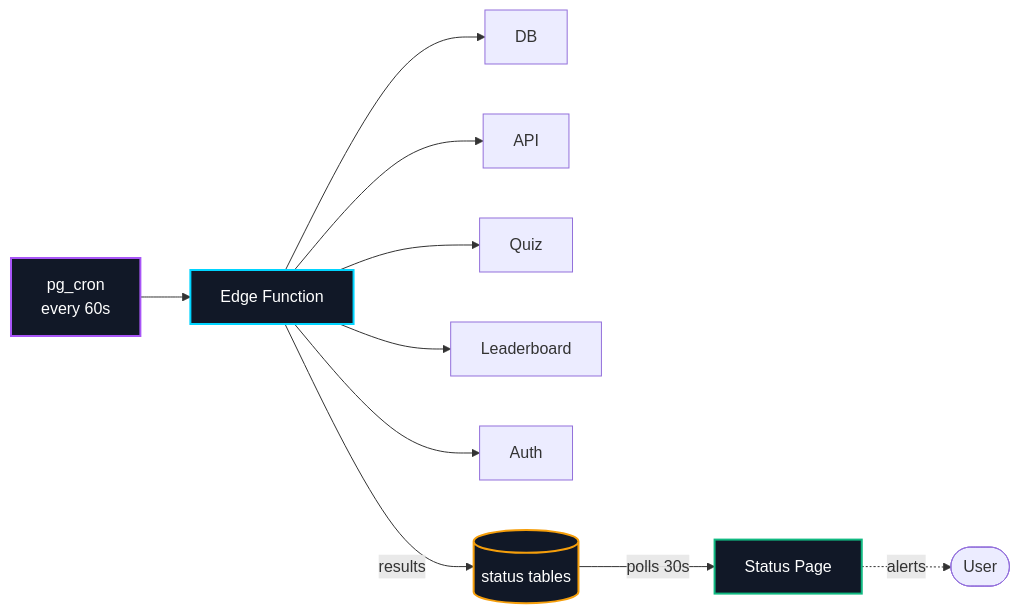
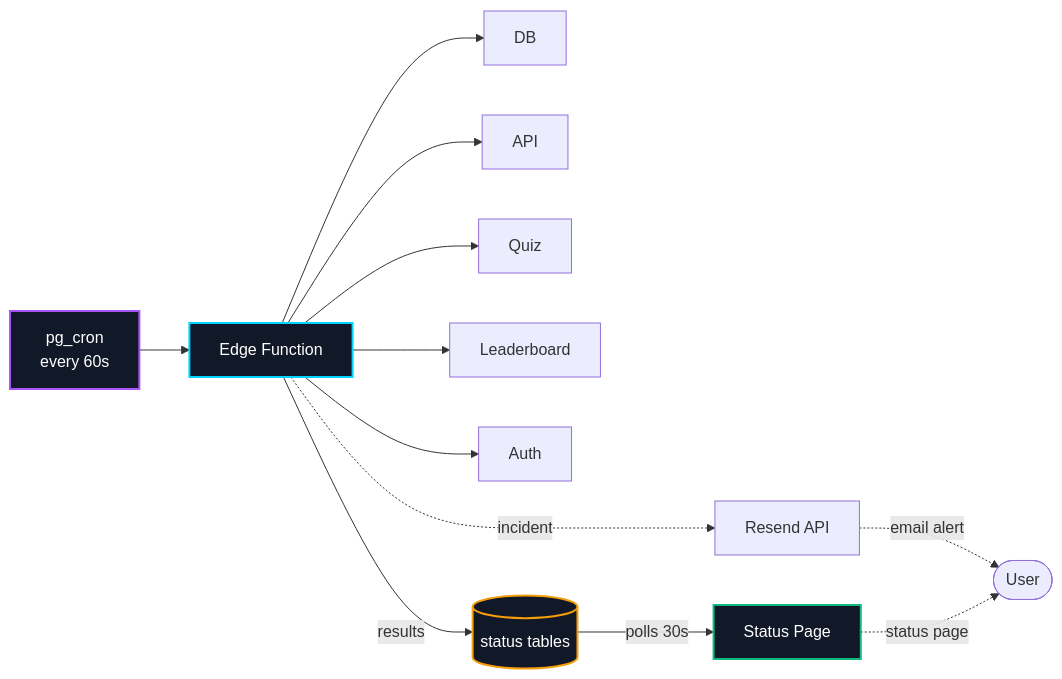
Before and after one commit to or-carmeli/KubeQuest: the fifth of 9 diagrams in README.md, drawn with Mermaid. The commit also changed other lines of this file, not shown here.

Commit message:
docs: update monitoring section with email alert details

````diff
--- a/README.md
+++ b/README.md
@@ -209,17 +209,19 @@
 ```mermaid
 flowchart LR
     CRON["pg_cron<br/>every 60s"] --> EDGE["Edge Function"]
     EDGE --> DB["DB"]
     EDGE --> API["API"]
     EDGE --> QUIZ["Quiz"]
     EDGE --> LB["Leaderboard"]
     EDGE --> AUTH["Auth"]
     EDGE -->|results| STORE[("status tables")]
     STORE -->|polls 30s| UI["Status Page"]
-    UI -.->|alerts| USER([User])
+    EDGE -.->|incident| RESEND["Resend API"]
+    RESEND -.->|email alert| USER([User])
+    UI -.->|status page| USER
 
     style CRON fill:#111827,stroke:#A855F7,stroke-width:2px,color:#fff
     style EDGE fill:#111827,stroke:#00D4FF,stroke-width:2px,color:#fff
     style STORE fill:#111827,stroke:#F59E0B,stroke-width:2px,color:#fff
     style UI fill:#111827,stroke:#10B981,stroke-width:2px,color:#fff
 ```
````
